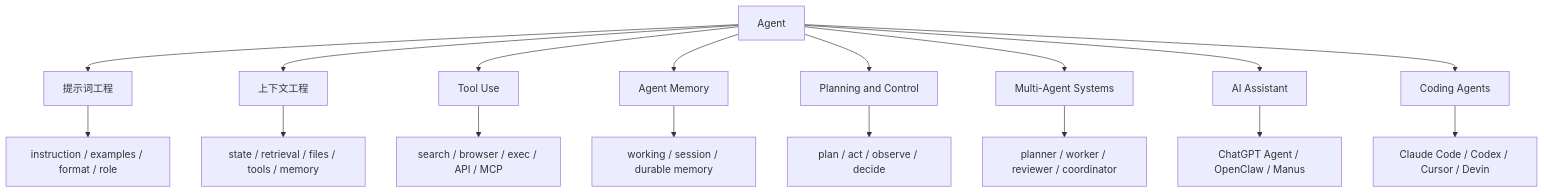
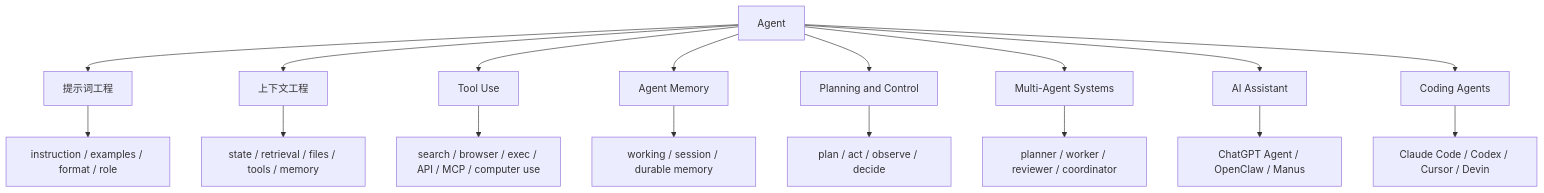
Before and after one commit to superliyang/tony-2026: the diagram in 01-Areas/AI-Learning/07-Maps/AI Agent Capability Map.md, drawn with Mermaid. The commit also changed 27 other files, not shown here.

````diff
--- a/01-Areas/AI-Learning/07-Maps/AI Agent Capability Map.md
+++ b/01-Areas/AI-Learning/07-Maps/AI Agent Capability Map.md
@@ -14,20 +14,20 @@
 ```mermaid
 flowchart TD
   A["Agent"] --> P["提示词工程"]
   A --> Q["上下文工程"]
   A --> B["Tool Use"]
   A --> C["Agent Memory"]
   A --> D["Planning and Control"]
   A --> E["Multi-Agent Systems"]
   A --> F["AI Assistant"]
   A --> G["Coding Agents"]
 
   P --> P1["instruction / examples / format / role"]
   Q --> Q1["state / retrieval / files / tools / memory"]
-  B --> B1["search / browser / exec / API / MCP"]
+  B --> B1["search / browser / exec / API / MCP / computer use"]
   C --> C1["working / session / durable memory"]
   D --> D1["plan / act / observe / decide"]
   E --> E1["planner / worker / reviewer / coordinator"]
   G --> G1["Claude Code / Codex / Cursor / Devin"]
   F --> F1["ChatGPT Agent / OpenClaw / Manus"]
 ```
````
